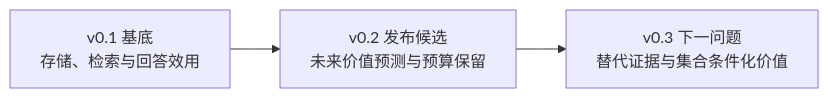
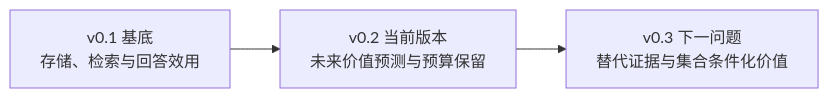
One commit to TOMDFTBA/agent-memory-utility changed the diagram in README.zh-CN.md. Above: the diagram before and after it, drawn with Mermaid. The commit also changed other lines of this file and 32 other files, not shown here.

````diff
--- a/README.zh-CN.md
+++ b/README.zh-CN.md
@@ -13,5 +13,5 @@
 ```mermaid
 flowchart LR
-    A[v0.1 基底<br/>存储、检索与回答效用] --> B[v0.2 发布候选<br/>未来价值预测与预算保留]
+    A[v0.1 基底<br/>存储、检索与回答效用] --> B[v0.2 当前版本<br/>未来价值预测与预算保留]
     B --> C[v0.3 下一问题<br/>替代证据与集合条件化价值]
 ```
````
